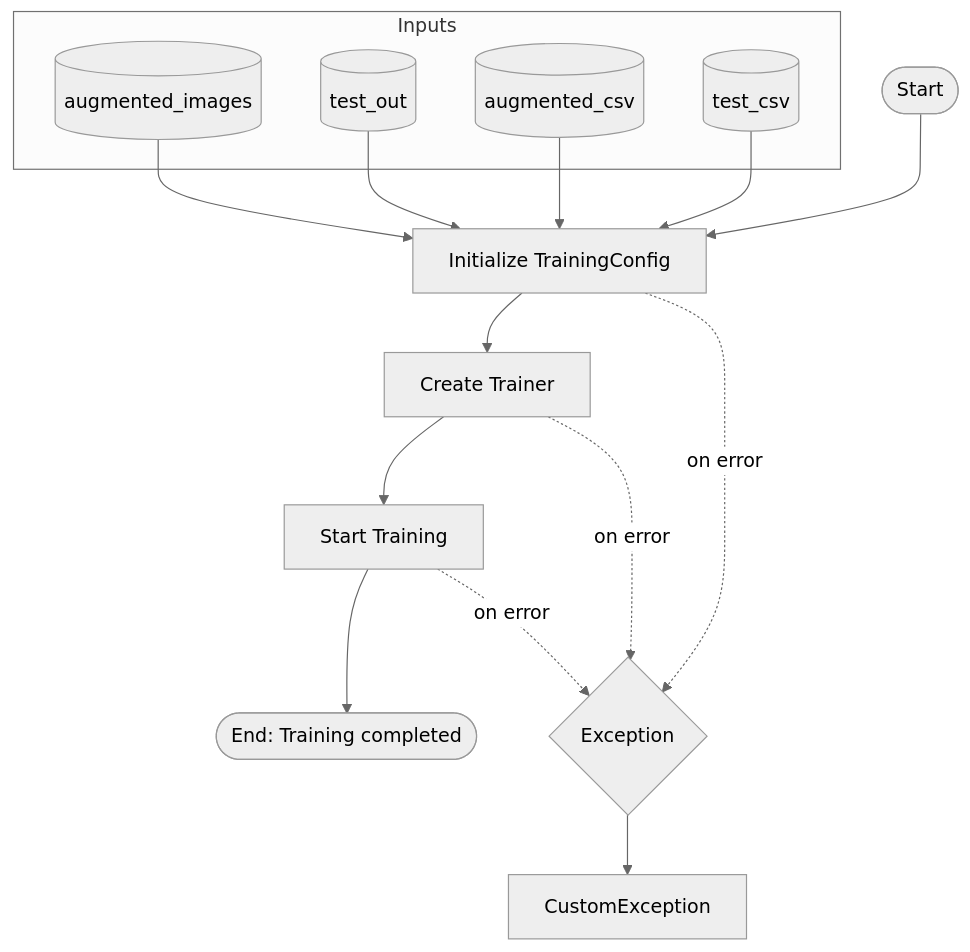
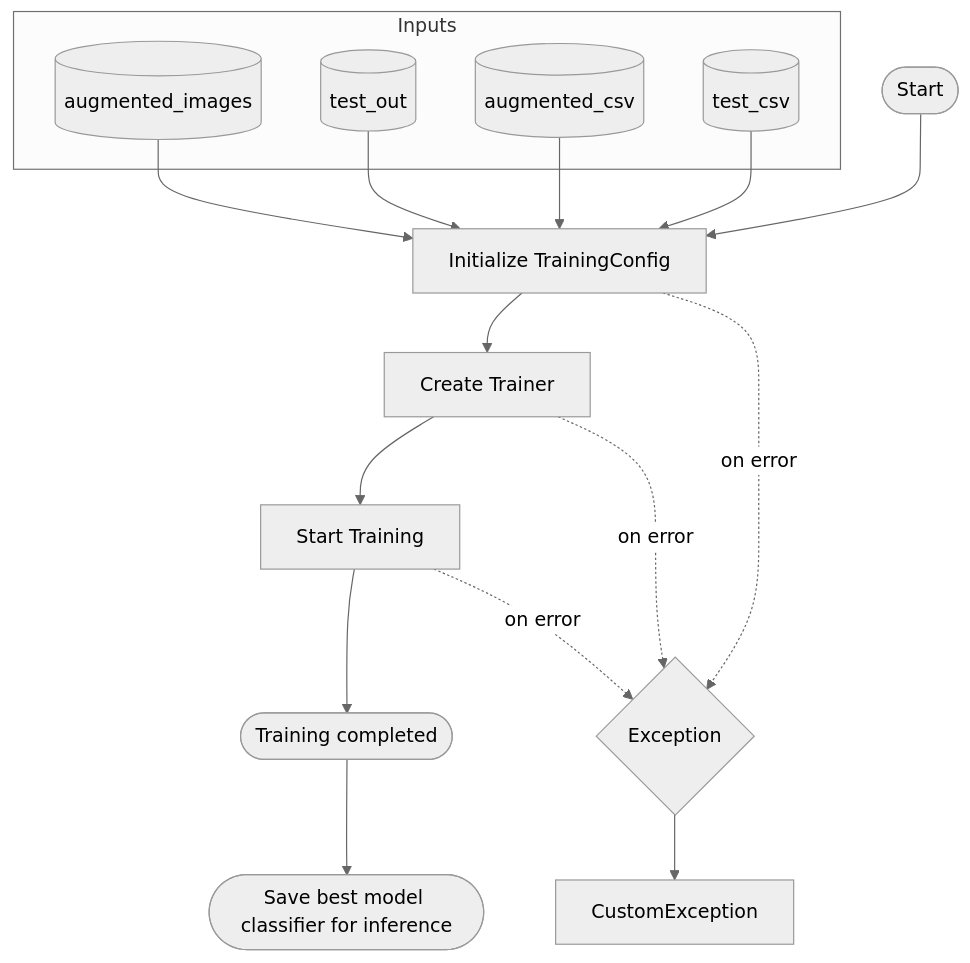
Before and after one commit to ataa599/AI-based-Sagittal-MRI-fine-grading-of-meniscus-injury: the second of 2 diagrams in README.md, drawn with Mermaid (neutral theme). The commit also changed other lines of this file and 2 other files, not shown here.

````diff
--- a/README.md
+++ b/README.md
@@ -42,25 +53,26 @@
 ```mermaid
 flowchart TD
     A([Start]) --> B[Initialize TrainingConfig]
     
     subgraph Inputs
         I1[(augmented_images)]
         I2[(test_out)]
         I3[(augmented_csv)]
         I4[(test_csv)]
     end
     I1 --> B
     I2 --> B
     I3 --> B
     I4 --> B
 
     B --> C[Create Trainer]
     C --> D[Start Training]
-    D --> E([End: Training completed])
+    D --> E([Training completed])
+    E --> F([Save best model classifier for inference])
 
     %% Error handling
     B -.->|on error| X{Exception}
     C -.->|on error| X
     D -.->|on error| X
     X --> Y[CustomException]
 ```
````
